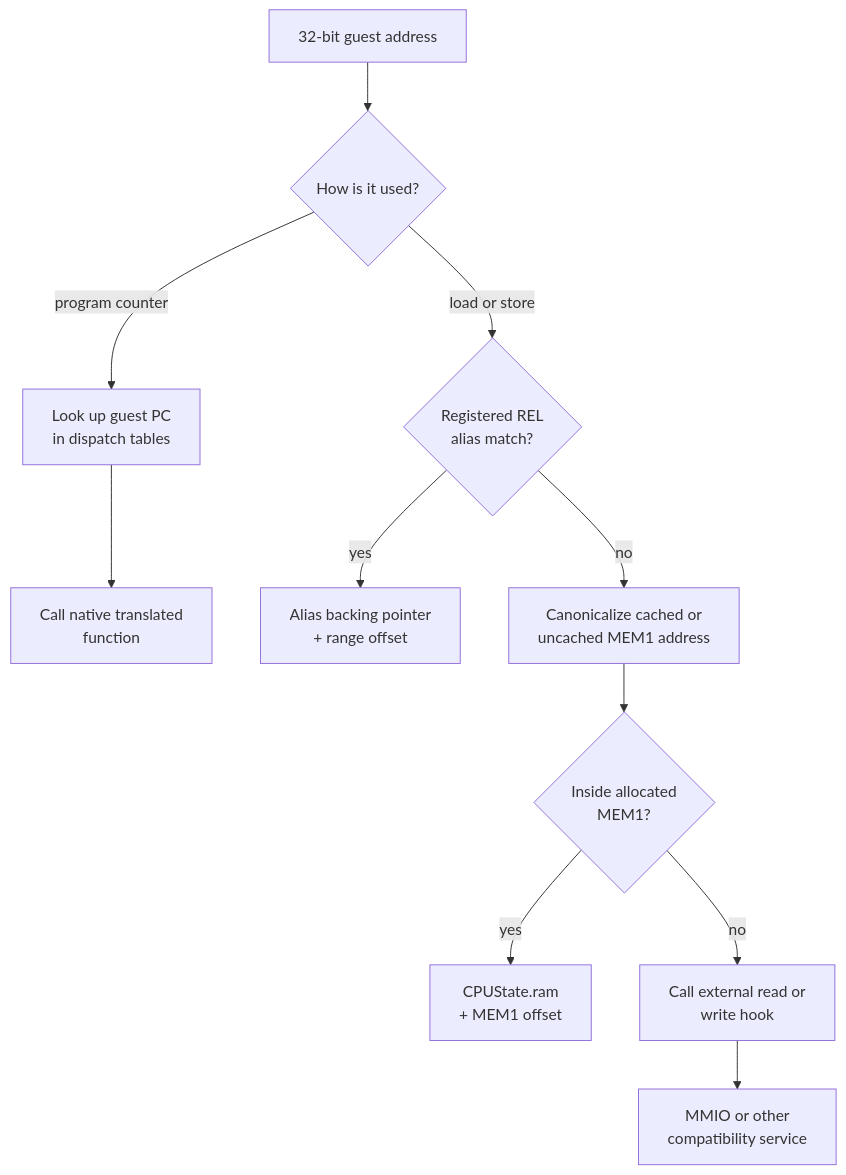
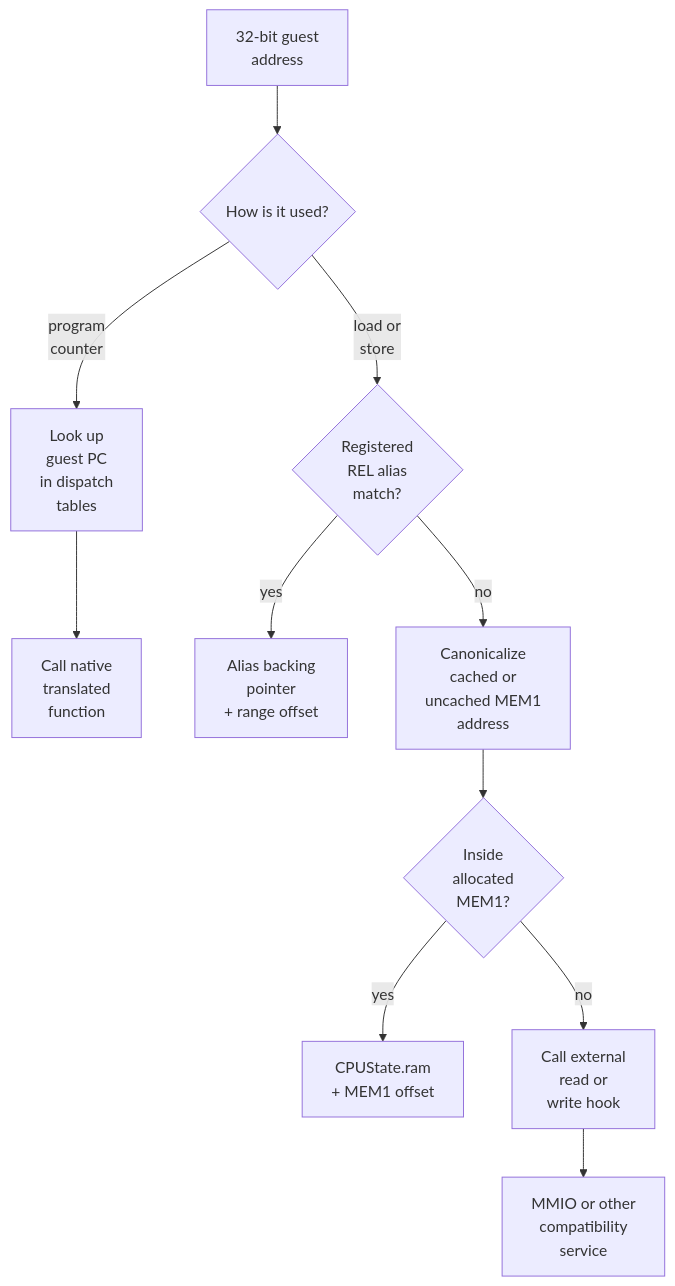
The fourth of 5 diagrams in docs/architecture/runtime/GuestState.md (Aelbannan/boat_of_daphnes), drawn with Mermaid before and after one commit. The commit also changed other lines of this file, not shown here.

Commit message:
docs: wrap all guest-state diagram labels

````diff
--- a/docs/architecture/runtime/GuestState.md
+++ b/docs/architecture/runtime/GuestState.md
@@ -255,22 +381,44 @@
 ```mermaid
 flowchart TD
-    Address["32-bit guest address"]
+    Address["`32-bit guest
+address`"]
     Use{"How is it used?"}
-    Dispatch["Look up guest PC<br/>in dispatch tables"]
-    Native["Call native translated<br/>function"]
-    Alias{"Registered REL<br/>alias match?"}
-    AliasPointer["Alias backing pointer<br/>+ range offset"]
-    Mirror["Canonicalize cached or<br/>uncached MEM1 address"]
-    RAM{"Inside allocated<br/>MEM1?"}
-    RAMPointer["`CPUState.ram<br/>+ MEM1 offset`"]
-    Callback["Call external read or<br/>write hook"]
-    Service["MMIO or other<br/>compatibility service"]
+    Dispatch["`Look up
+guest PC
+in dispatch
+tables`"]
+    Native["`Call native
+translated
+function`"]
+    Alias{"`Registered
+REL alias
+match?`"}
+    AliasPointer["`Alias backing
+pointer
++ range offset`"]
+    Mirror["`Canonicalize
+cached or
+uncached MEM1
+address`"]
+    RAM{"`Inside
+allocated
+MEM1?`"}
+    RAMPointer["`CPUState.ram
++ MEM1 offset`"]
+    Callback["`Call external
+read or
+write hook`"]
+    Service["`MMIO or other
+compatibility
+service`"]
 
     Address --> Use
-    Use -->|"program counter"| Dispatch --> Native
-    Use -->|"load or store"| Alias
+    Use -->|"`program
+counter`"| Dispatch --> Native
+    Use -->|"`load or
+store`"| Alias
     Alias -->|"yes"| AliasPointer
     Alias -->|"no"| Mirror --> RAM
     RAM -->|"yes"| RAMPointer
     RAM -->|"no"| Callback --> Service
 ```
````
